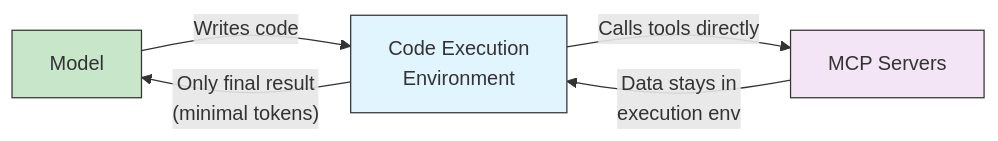
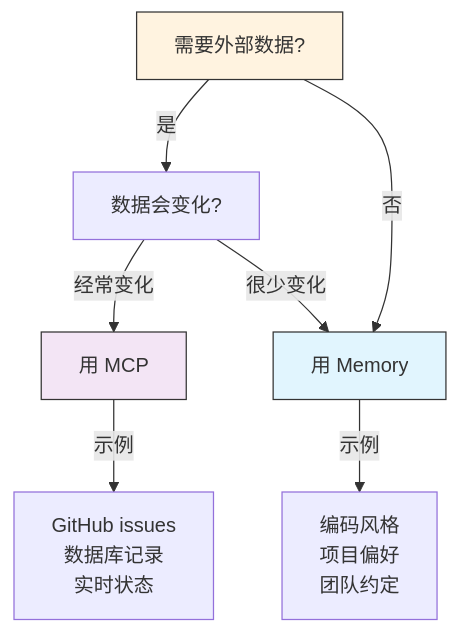
One commit to hellojoju/claude-code-lesson changed the third of 3 diagrams in 07-mcp/README.md. Above: the diagram before and after it, drawn with Mermaid. The commit also changed other lines of this file and 11 other files, not shown here.

````diff
--- a/07-mcp/README.md
+++ b/07-mcp/README.md
@@ -1072,11 +99,15 @@
 ```mermaid
-graph LR
-    A["Model"] -->|"Writes code"| B["Code Execution<br/>Environment"]
-    B -->|"Calls tools directly"| C["MCP Servers"]
-    C -->|"Data stays in<br/>execution env"| B
-    B -->|"Only final result<br/>(minimal tokens)"| A
+graph TD
+    A["需要外部数据?"]
+    A -->|"是"| B["数据会变化?"]
+    A -->|"否"| C["用 Memory"]
+    B -->|"经常变化"| D["用 MCP"]
+    B -->|"很少变化"| C
 
-    style A fill:#c8e6c9,stroke:#333,color:#333
-    style B fill:#e1f5fe,stroke:#333,color:#333
-    style C fill:#f3e5f5,stroke:#333,color:#333
+    D -->|"示例"| E["GitHub issues<br/>数据库记录<br/>实时状态"]
+    C -->|"示例"| F["编码风格<br/>项目偏好<br/>团队约定"]
+
+    style A fill:#fff3e0,stroke:#333,color:#333
+    style D fill:#f3e5f5,stroke:#333,color:#333
+    style C fill:#e1f5fe,stroke:#333,color:#333
 ```
````
